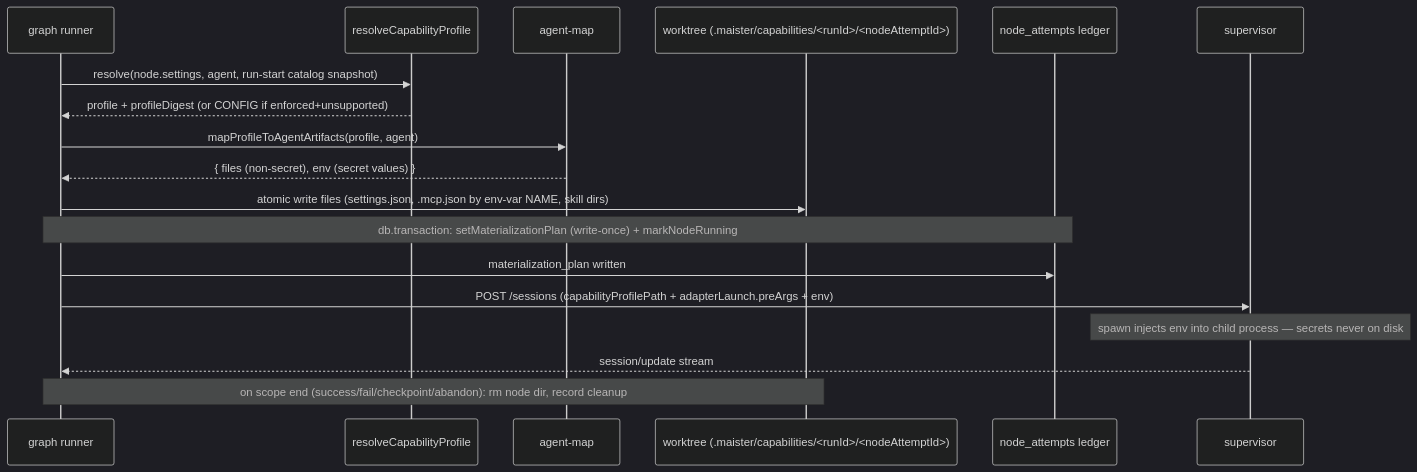
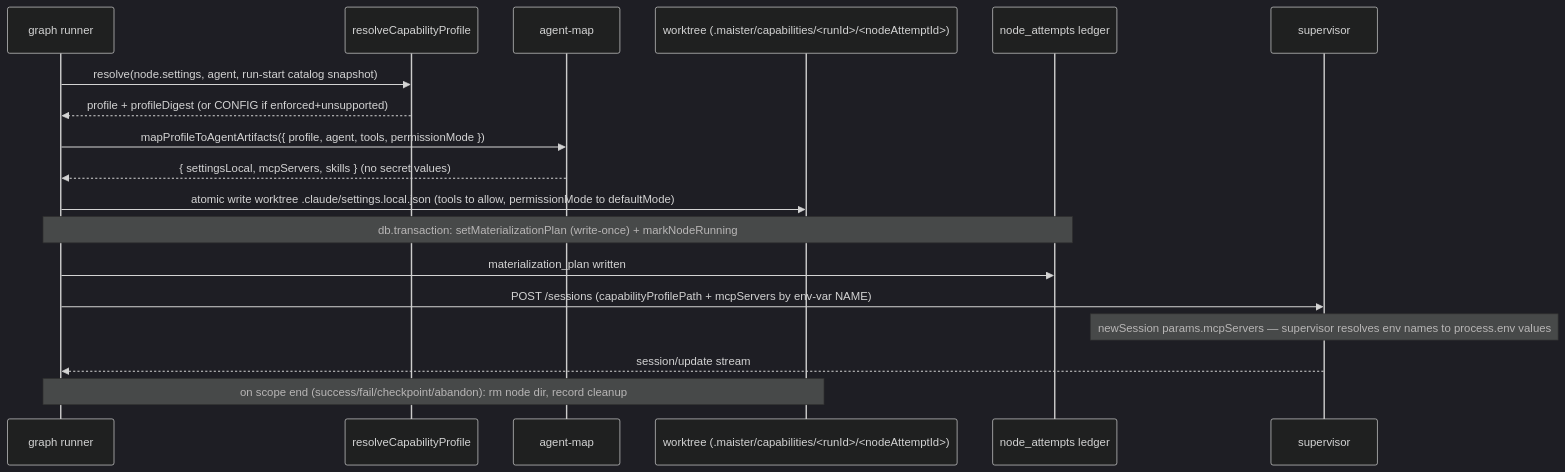
One commit to maister-dev/maister changed the third of 5 diagrams in docs/system-analytics/capabilities.md. Above: the diagram before and after it, drawn with Mermaid (dark theme). The commit also changed other lines of this file, not shown here.

````diff
--- a/docs/system-analytics/capabilities.md
+++ b/docs/system-analytics/capabilities.md
@@ -157,20 +169,20 @@
 ```mermaid
 sequenceDiagram
     participant R as graph runner
     participant Res as resolveCapabilityProfile
     participant Map as agent-map
     participant FS as worktree (.maister/capabilities/<runId>/<nodeAttemptId>)
     participant L as node_attempts ledger
     participant S as supervisor
     R->>Res: resolve(node.settings, agent, run-start catalog snapshot)
     Res-->>R: profile + profileDigest (or CONFIG if enforced+unsupported)
-    R->>Map: mapProfileToAgentArtifacts(profile, agent)
-    Map-->>R: { files (non-secret), env (secret values) }
-    R->>FS: atomic write files (settings.json, .mcp.json by env-var NAME, skill dirs)
+    R->>Map: mapProfileToAgentArtifacts({ profile, agent, tools, permissionMode })
+    Map-->>R: { settingsLocal, mcpServers, skills } (no secret values)
+    R->>FS: atomic write worktree .claude/settings.local.json (tools to allow, permissionMode to defaultMode)
     Note over R,L: db.transaction: setMaterializationPlan (write-once) + markNodeRunning
     R->>L: materialization_plan written
-    R->>S: POST /sessions (capabilityProfilePath + adapterLaunch.preArgs + env)
-    Note over S: spawn injects env into child process — secrets never on disk
+    R->>S: POST /sessions (capabilityProfilePath + mcpServers by env-var NAME)
+    Note over S: newSession params.mcpServers — supervisor resolves env names to process.env values
     S-->>R: session/update stream
     Note over R,FS: on scope end (success/fail/checkpoint/abandon): rm node dir, record cleanup
 ```
````
